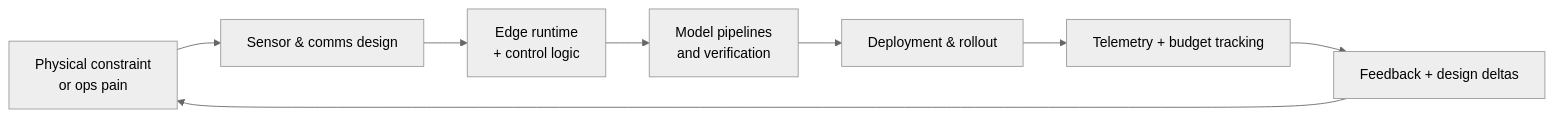
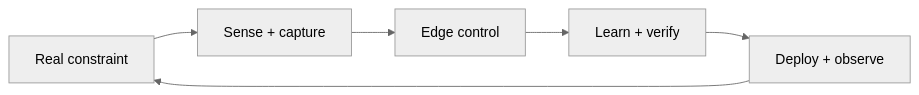
The diagram in README.md (Kamalbura/kamalbura), drawn with Mermaid (neutral theme) before and after one commit. The commit also changed other lines of this file, not shown here.

````diff
--- a/README.md
+++ b/README.md
@@ -8,10 +10,8 @@
 ```mermaid
 flowchart LR
-	Need[Physical constraint<br/>or ops pain] --> Sense[Sensor & comms design]
-	Sense --> Edge[Edge runtime<br/>+ control logic]
-	Edge --> Learn[Model pipelines<br/>and verification]
-	Learn --> Deploy[Deployment & rollout]
-	Deploy --> Observe[Telemetry + budget tracking]
-	Observe --> Iterate[Feedback + design deltas]
-	Iterate --> Need
+	Field[Real constraint] --> Sense[Sense + capture]
+	Sense --> Edge[Edge control]
+	Edge --> Learn[Learn + verify]
+	Learn --> Deploy[Deploy + observe]
+	Deploy --> Field
 ```
````
